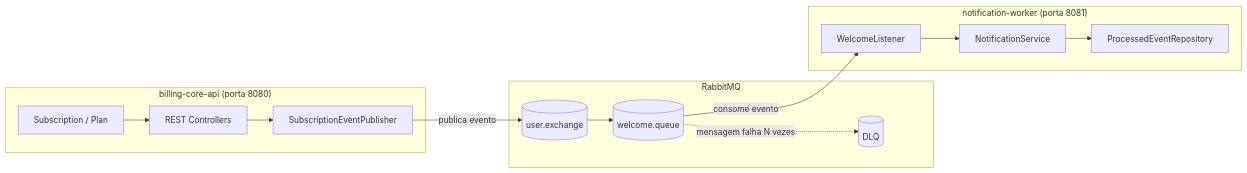
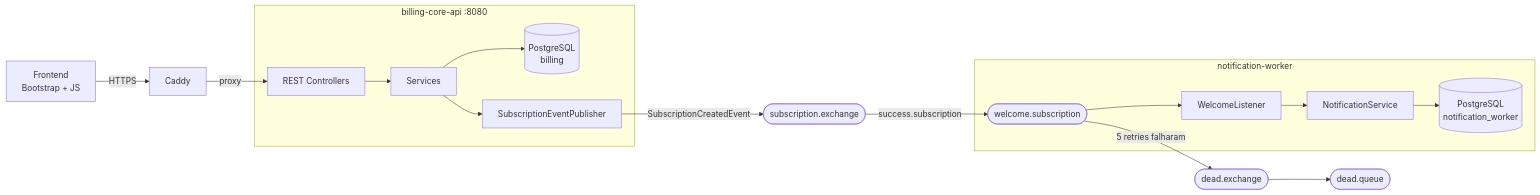
The diagram in README.md (caioeduardopereirafelix/Billing-Core-API), drawn with Mermaid before and after one commit. The commit also changed other lines of this file, not shown here.

First line of the commit message:
Rename project to Billing Core API and update README

````diff
--- a/README.md
+++ b/README.md
@@ -15,20 +10,21 @@
 ```mermaid
 flowchart LR
-    subgraph billing-core-api["billing-core-api (porta 8080)"]
-        A[Subscription / Plan] --> B[REST Controllers]
-        B --> C[SubscriptionEventPublisher]
+    FE["Frontend<br/>Bootstrap + JS"] -->|HTTPS| CADDY[Caddy]
+    CADDY -->|proxy| API
+
+    subgraph billing["billing-core-api :8080"]
+        API[REST Controllers] --> SVC[Services]
+        SVC --> PG1[("PostgreSQL<br/>billing")]
+        SVC --> PUB[SubscriptionEventPublisher]
     end
 
-    subgraph rabbitmq["RabbitMQ"]
-        D[(user.exchange)] --> E[(welcome.queue)]
-        E -.mensagem falha N vezes.-> F[(DLQ)]
+    PUB -->|SubscriptionCreatedEvent| EX(["subscription.exchange"])
+    EX -->|success.subscription| Q(["welcome.subscription"])
+    Q -->|5 retries falharam| DLX(["dead.exchange"])
+    DLX --> DLQ(["dead.queue"])
+
+    subgraph worker["notification-worker"]
+        Q --> L[WelcomeListener] --> NS[NotificationService]
+        NS --> PG2[("PostgreSQL<br/>notification_worker")]
     end
-
-    subgraph notification-worker["notification-worker (porta 8081)"]
-        G[WelcomeListener] --> H[NotificationService]
-        H --> I[ProcessedEventRepository]
-    end
-
-    C -- publica evento --> D
-    E -- consome evento --> G
 ```
````
